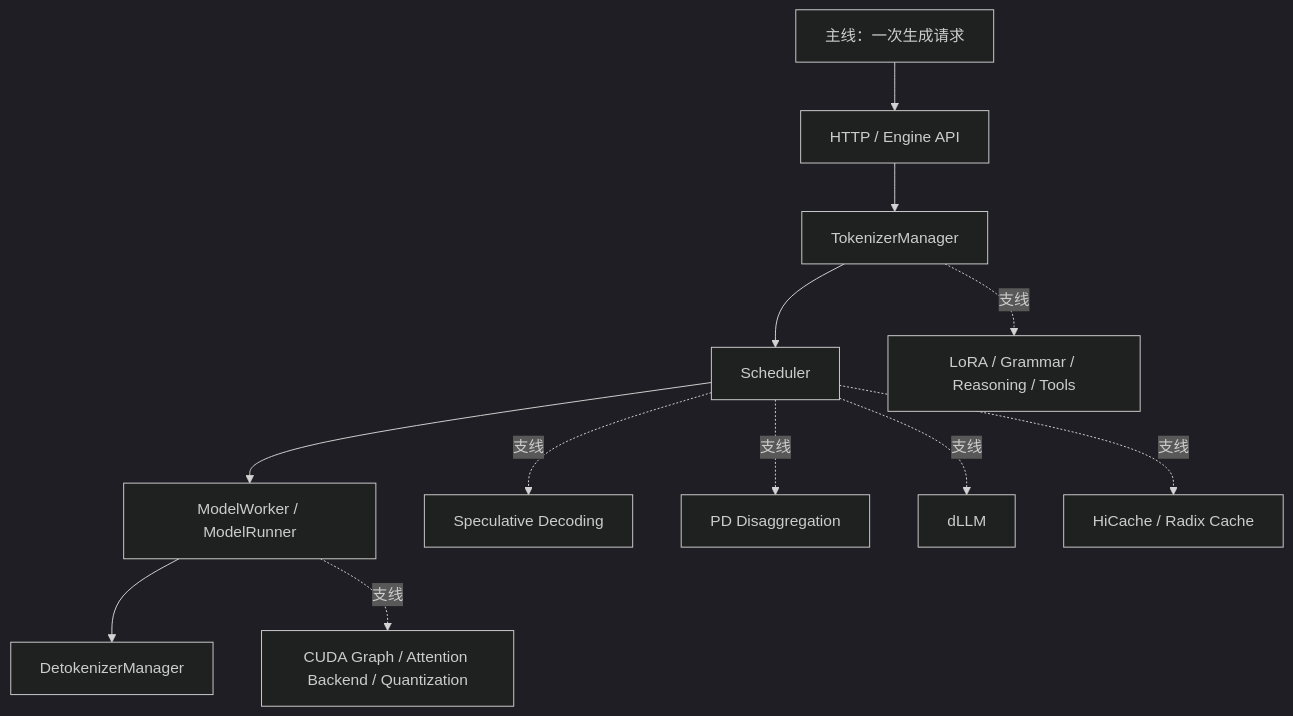
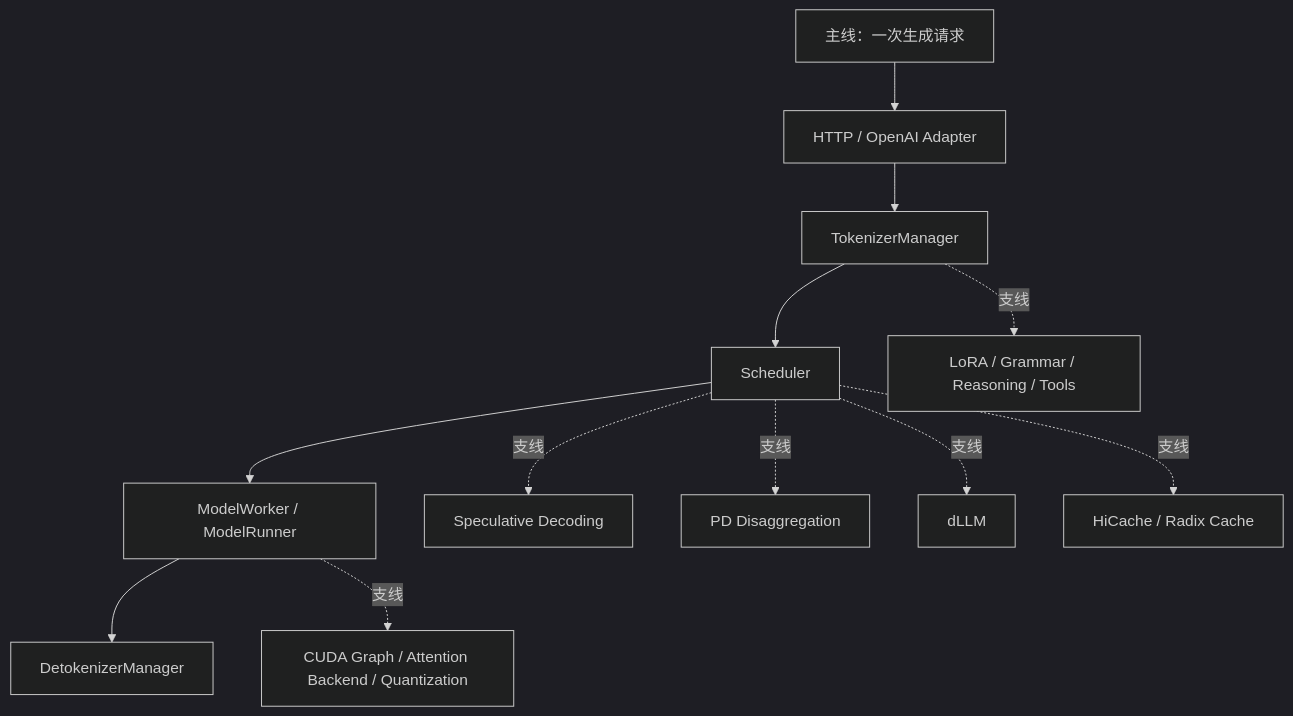
Before and after one commit to cl-vv-h/SGLang_Tutor: the second of 3 diagrams in learning/sglang-source-reading/00-feature-map.md, drawn with Mermaid (dark theme). The commit also changed other lines of this file and 4 other files, not shown here.

````diff
--- a/learning/sglang-source-reading/00-feature-map.md
+++ b/learning/sglang-source-reading/00-feature-map.md
@@ -55,15 +50,15 @@
 ```mermaid
 flowchart TD
-  A["主线：一次生成请求"] --> B["HTTP / Engine API"]
+  A["主线：一次生成请求"] --> B["HTTP / OpenAI Adapter"]
   B --> C["TokenizerManager"]
   C --> D["Scheduler"]
   D --> E["ModelWorker / ModelRunner"]
   E --> F["DetokenizerManager"]
 
   D -.支线.-> G["Speculative Decoding"]
   D -.支线.-> H["PD Disaggregation"]
   D -.支线.-> I["dLLM"]
   D -.支线.-> J["HiCache / Radix Cache"]
   E -.支线.-> K["CUDA Graph / Attention Backend / Quantization"]
   C -.支线.-> L["LoRA / Grammar / Reasoning / Tools"]
 ```
````
